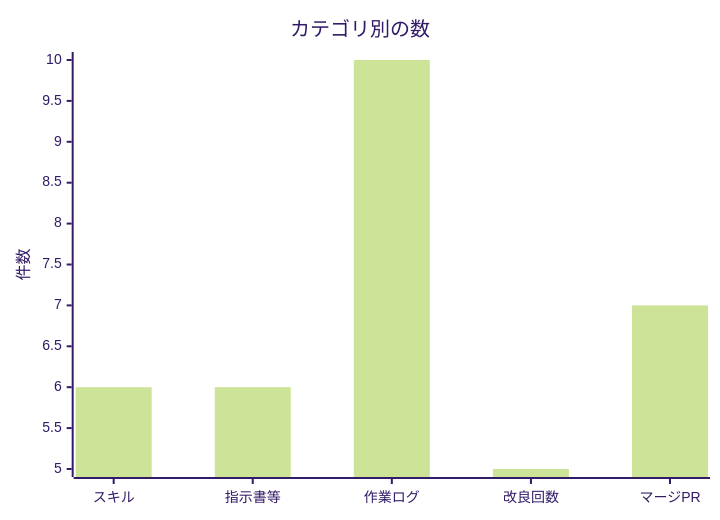
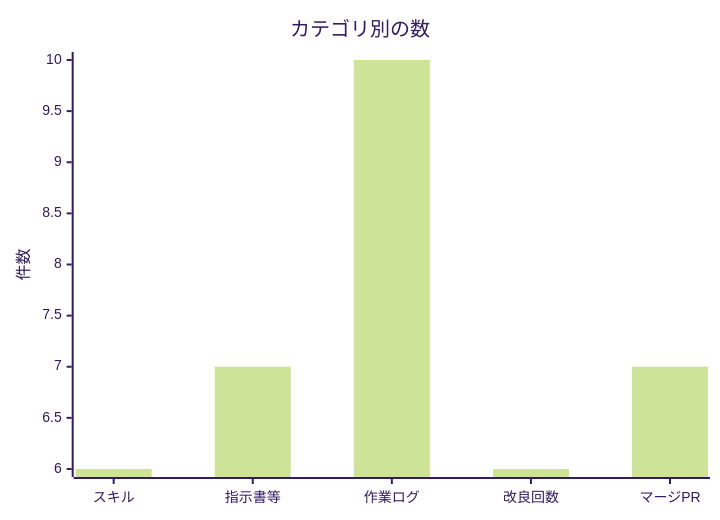
Before and after one commit to non-x2/non-x2: the second of 2 diagrams in docs/進化レポート.md, drawn with Mermaid (forest theme). The commit also changed other lines of this file and 5 other files, not shown here.

````diff
--- a/docs/進化レポート.md
+++ b/docs/進化レポート.md
@@ -35,7 +35,7 @@
 ```mermaid
 xychart-beta
     title "カテゴリ別の数"
     x-axis ["スキル", "指示書等", "作業ログ", "改良回数", "マージPR"]
     y-axis "件数"
-    bar [6, 6, 10, 5, 7]
+    bar [6, 7, 10, 6, 7]
 ```
````
